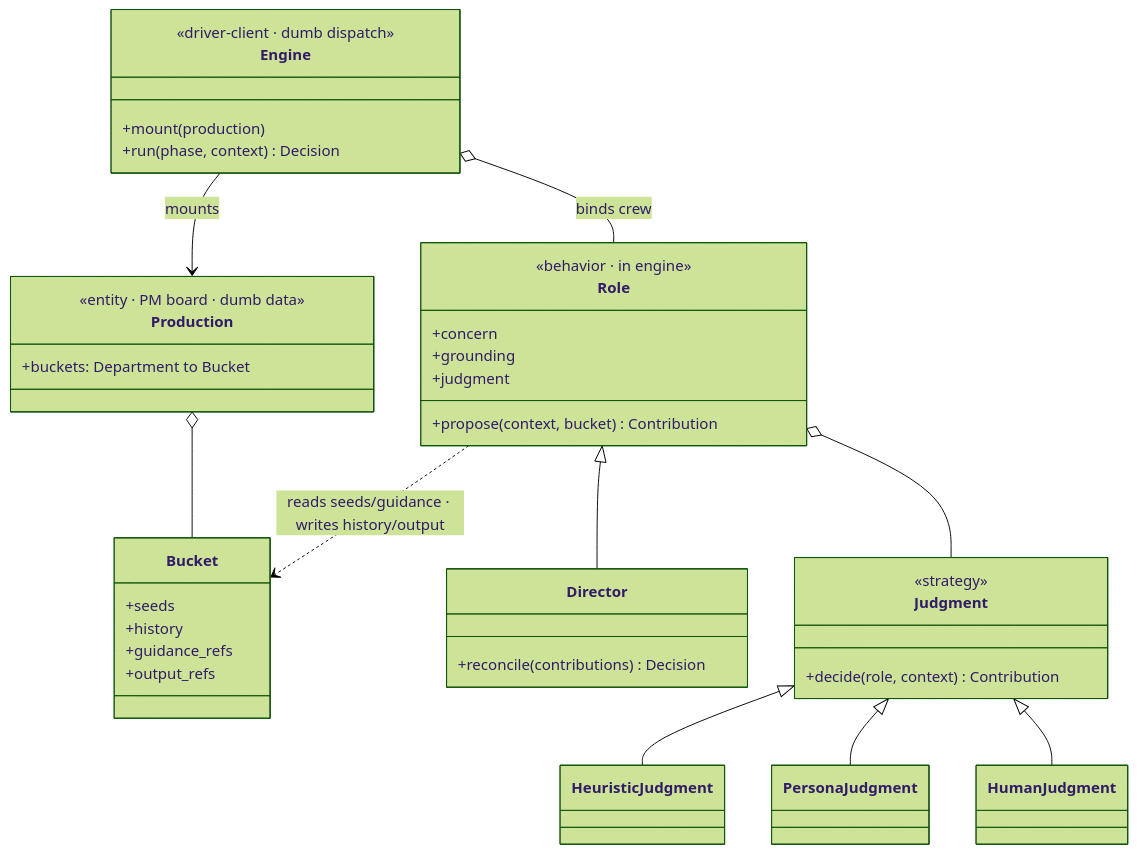
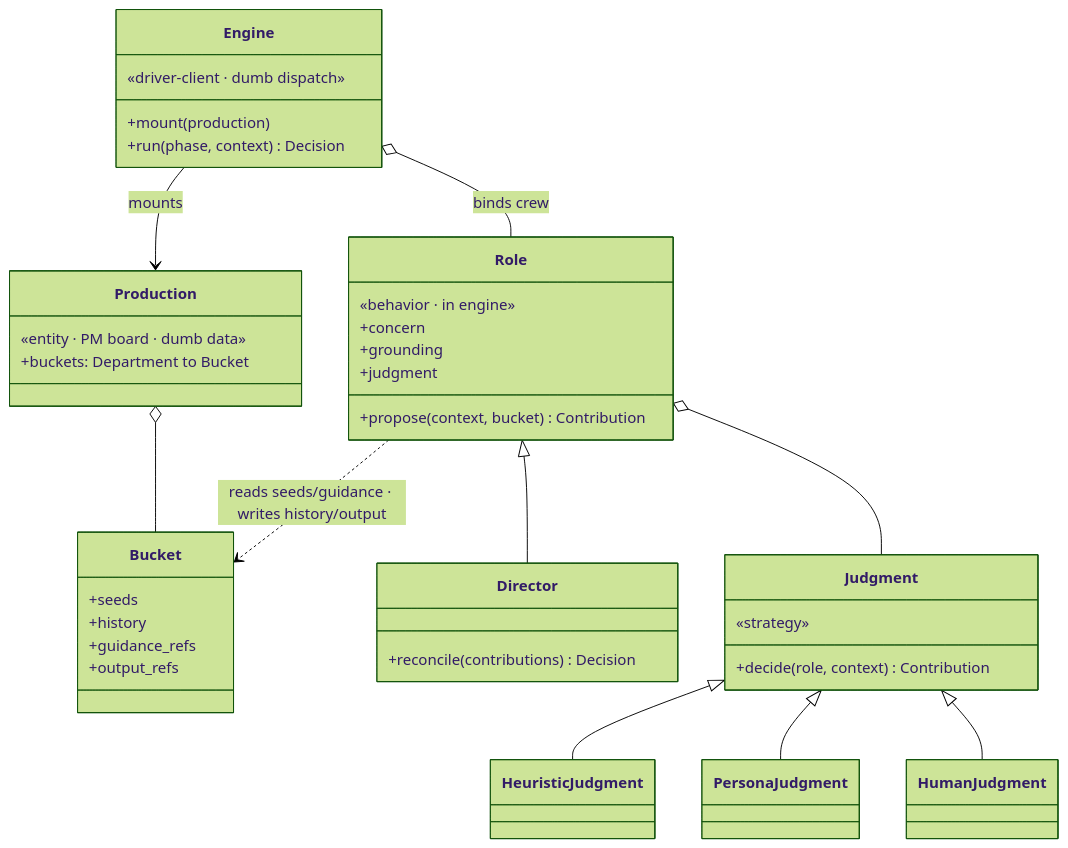
The first of 2 diagrams in context/architecture.md (HarryJamesGreenblatt/sequitur_studios), drawn with Mermaid (forest theme) before and after one commit.

Commit message:
Fix Mermaid class-diagram stereotypes rendering as empty <> in architecture.md
GitHub/markdown sanitizers strip the inner <text> of a <<stereotype>> as an HTML tag, leaving an empty <>. Use guillemets (guillemet characters) directly -- exactly what Mermaid renders <<...>> into -- so there are no angle brackets for any sanitizer to strip. Verified via a local mermaid@11 render.

````diff
--- a/context/architecture.md
+++ b/context/architecture.md
@@ -212,44 +212,44 @@
 ```mermaid
 classDiagram
     class Production {
-        <<entity · PM board · dumb data>>
+        «entity · PM board · dumb data»
         +buckets: Department to Bucket
     }
     class Bucket {
         +seeds
         +history
         +guidance_refs
         +output_refs
     }
     class Engine {
-        <<driver-client · dumb dispatch>>
+        «driver-client · dumb dispatch»
         +mount(production)
         +run(phase, context) Decision
     }
     class Role {
-        <<behavior · in engine>>
+        «behavior · in engine»
         +concern
         +grounding
         +judgment
         +propose(context, bucket) Contribution
     }
     class Director {
         +reconcile(contributions) Decision
     }
     class Judgment {
-        <<strategy>>
+        «strategy»
         +decide(role, context) Contribution
     }
     class HeuristicJudgment
     class PersonaJudgment
     class HumanJudgment
     Production o-- Bucket
     Engine --> Production : mounts
     Engine o-- Role : binds crew
     Role <|-- Director
     Role o-- Judgment
     Judgment <|-- HeuristicJudgment
     Judgment <|-- PersonaJudgment
     Judgment <|-- HumanJudgment
     Role ..> Bucket : reads seeds/guidance · writes history/output
 ```
````
